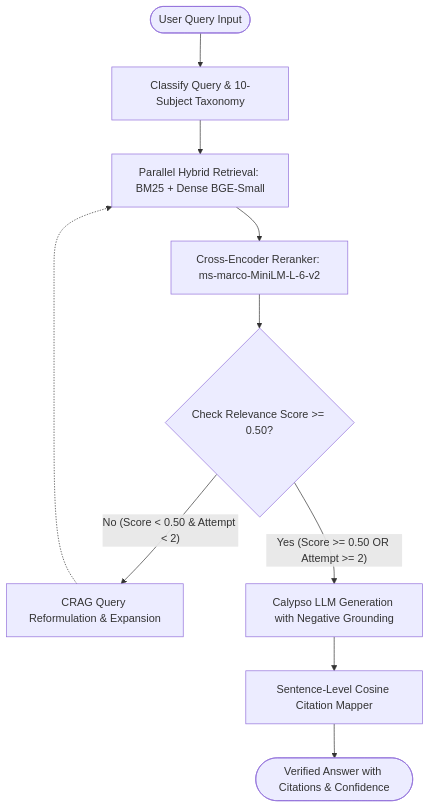
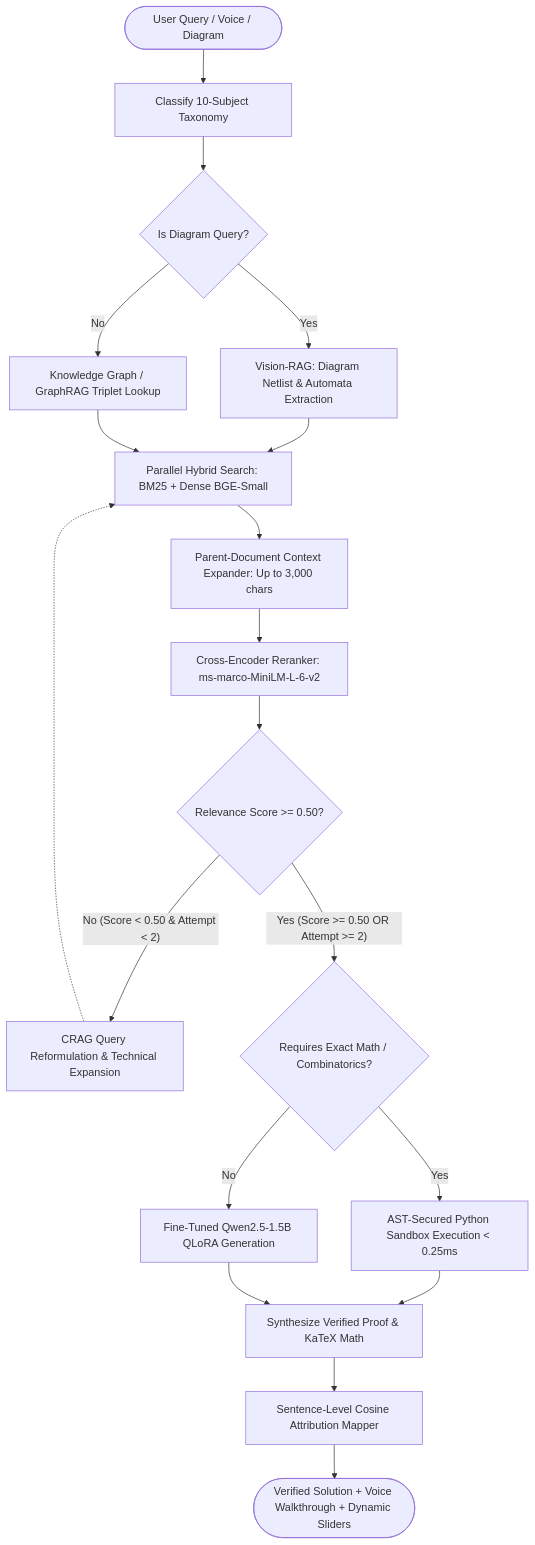
Before and after one commit to piyush23-eng/CALYPSO-RAG: the diagram in README.md, drawn with Mermaid. The commit also changed other lines of this file and 5 other files, not shown here.

Commit message:
docs(readme): update README with high-definition vector screenshots and comprehensive 6-pillar architecture documentation

````diff
--- a/README.md
+++ b/README.md
@@ -50,15 +62,27 @@
 ```mermaid
 flowchart TD
-    START([User Query Input]) --> Classify[Classify Query & 10-Subject Taxonomy]
-    Classify --> Retrieve[Parallel Hybrid Retrieval: BM25 + Dense BGE-Small]
-    Retrieve --> Rerank[Cross-Encoder Reranker: ms-marco-MiniLM-L-6-v2]
-    RelevanceCheck{Check Relevance Score >= 0.50?}
-    Rerank --> RelevanceCheck
+    START([User Query / Voice / Diagram]) --> Classify[Classify 10-Subject Taxonomy]
+    Classify --> MultiModal{Is Diagram Query?}
+    MultiModal -- Yes --> VisionParser[Vision-RAG: Diagram Netlist & Automata Extraction]
+    MultiModal -- No --> GraphRetrieval[Knowledge Graph / GraphRAG Triplet Lookup]
     
-    RelevanceCheck -- "No (Score < 0.50 & Attempt < 2)" --> Reformulate[CRAG Query Reformulation & Expansion]
-    Reformulate -.-> Retrieve
+    VisionParser --> ParallelRetrieval
+    GraphRetrieval --> ParallelRetrieval[Parallel Hybrid Search: BM25 + Dense BGE-Small]
     
-    RelevanceCheck -- "Yes (Score >= 0.50 OR Attempt >= 2)" --> Generate[Calypso LLM Generation with Negative Grounding]
-    Generate --> Citations[Sentence-Level Cosine Citation Mapper]
-    Citations --> END([Verified Answer with Citations & Confidence])
+    ParallelRetrieval --> ParentExpander[Parent-Document Context Expander: Up to 3,000 chars]
+    ParentExpander --> Rerank[Cross-Encoder Reranker: ms-marco-MiniLM-L-6-v2]
+    
+    Rerank --> CRAG_Gate{Relevance Score >= 0.50?}
+    CRAG_Gate -- "No (Score < 0.50 & Attempt < 2)" --> Reformulate[CRAG Query Reformulation & Technical Expansion]
+    Reformulate -.-> ParallelRetrieval
+    
+    CRAG_Gate -- "Yes (Score >= 0.50 OR Attempt >= 2)" --> SandboxCheck{Requires Exact Math / Combinatorics?}
+    SandboxCheck -- Yes --> PythonSandbox[AST-Secured Python Sandbox Execution < 0.25ms]
+    SandboxCheck -- No --> QLoRAGeneration[Fine-Tuned Qwen2.5-1.5B QLoRA Generation]
+    
+    PythonSandbox --> Synthesis[Synthesize Verified Proof & KaTeX Math]
+    QLoRAGeneration --> Synthesis
+    
+    Synthesis --> CitationMapper[Sentence-Level Cosine Attribution Mapper]
+    CitationMapper --> END([Verified Solution + Voice Walkthrough + Dynamic Sliders])
 ```
````
